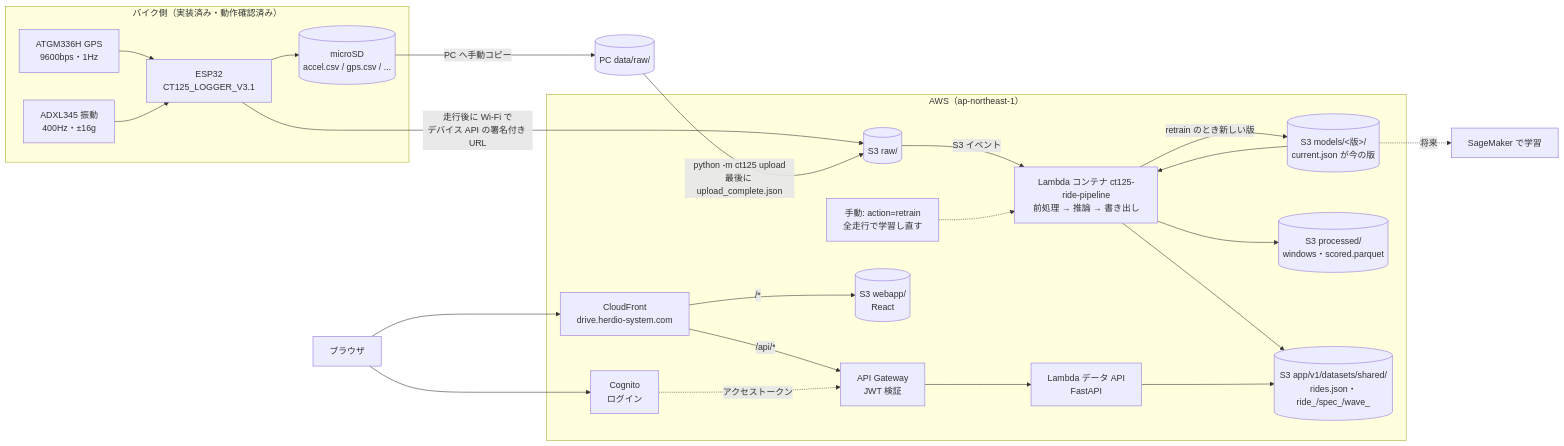
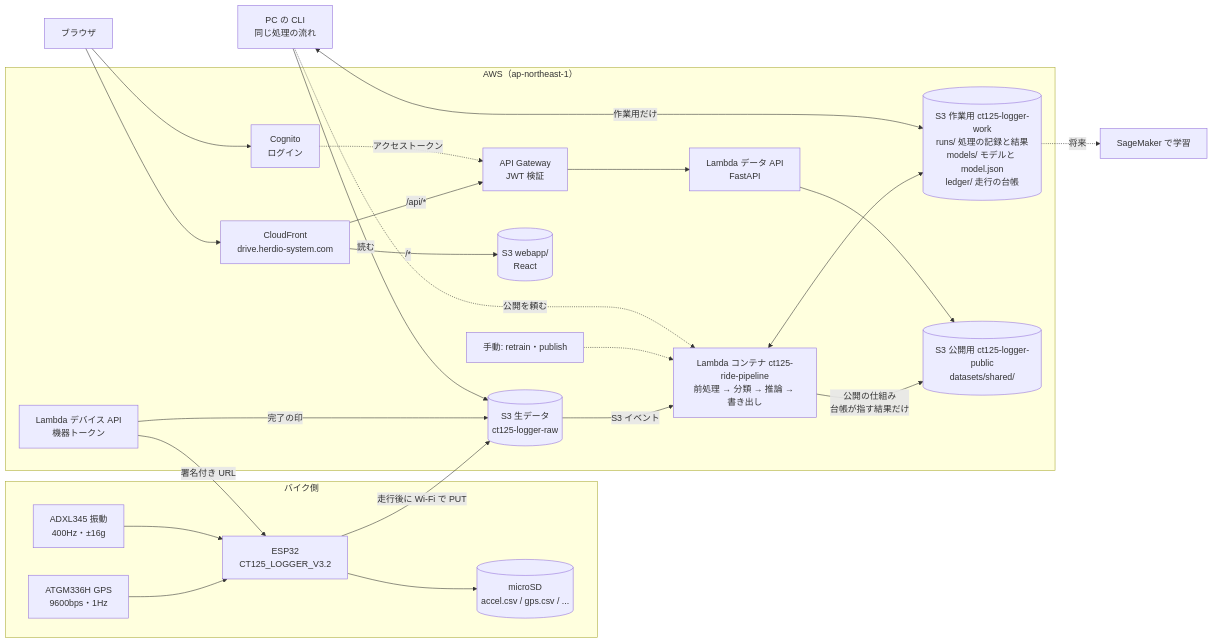
One commit to abeouga/drive-logger changed the diagram in docs/architecture.md. Above: the diagram before and after it, drawn with Mermaid. The commit also changed other lines of this file and 23 other files, not shown here.

First line of the commit message:
infra：走行データのバケットを役割ごとに分ける（生データ・作業用・公開用）

````diff
--- a/docs/architecture.md
+++ b/docs/architecture.md
@@ -10,29 +9,29 @@
 ```mermaid
 flowchart LR
-    subgraph bike[バイク側（実装済み・動作確認済み）]
-        GPS[ATGM336H GPS<br/>9600bps・1Hz] --> ESP[ESP32<br/>CT125_LOGGER_V3.1]
+    subgraph bike[バイク側]
+        GPS[ATGM336H GPS<br/>9600bps・1Hz] --> ESP[ESP32<br/>CT125_LOGGER_V3.2]
         ACC[ADXL345 振動<br/>400Hz・±16g] --> ESP
         ESP --> SD[(microSD<br/>accel.csv / gps.csv / ...)]
     end
 
-    ESP -->|走行後に Wi-Fi で<br/>デバイス API の署名付き URL| RAW[(S3 raw/)]
-    SD -->|PC へ手動コピー| RAWL[(PC data/raw/)]
-    RAWL -->|python -m ct125 upload<br/>最後に upload_complete.json| RAW
-
     subgraph cloud[AWS（ap-northeast-1）]
-        RAW -->|S3 イベント| PIPE[Lambda コンテナ ct125-ride-pipeline<br/>前処理 → 推論 → 書き出し]
-        MODELS[(S3 models/<版>/<br/>current.json が今の版)] --> PIPE
-        PIPE --> PROC[(S3 processed/<br/>windows・scored.parquet)]
-        PIPE --> APPDATA[(S3 app/v1/datasets/shared/<br/>rides.json・ride_/spec_/wave_)]
-        RETRAIN[手動: action=retrain<br/>全走行で学習し直す] -.-> PIPE
-        PIPE -->|retrain のとき新しい版| MODELS
+        DEVAPI[Lambda デバイス API<br/>機器トークン] -->|署名付き URL| ESP
+        ESP -->|走行後に Wi-Fi で PUT| RAW[(S3 生データ<br/>ct125-logger-raw)]
+        DEVAPI -->|完了の印| RAW
+        RAW -->|S3 イベント| PIPE[Lambda コンテナ ct125-ride-pipeline<br/>前処理 → 分類 → 推論 → 書き出し]
+        PIPE <--> WORK[(S3 作業用 ct125-logger-work<br/>runs/ 処理の記録と結果<br/>models/ モデルと model.json<br/>ledger/ 走行の台帳)]
+        PIPE -->|公開の仕組み<br/>台帳が指す結果だけ| PUBLIC[(S3 公開用 ct125-logger-public<br/>datasets/shared/)]
+        RETRAIN[手動: retrain・publish] -.-> PIPE
 
         CF[CloudFront<br/>drive.herdio-system.com] -->|/*| WEBAPP[(S3 webapp/<br/>React)]
-        CF -->|/api/*| APIGW[API Gateway<br/>JWT 検証] --> DATAAPI[Lambda データ API<br/>FastAPI] --> APPDATA
+        CF -->|/api/*| APIGW[API Gateway<br/>JWT 検証] --> DATAAPI[Lambda データ API<br/>FastAPI] --> PUBLIC
         COGNITO[Cognito<br/>ログイン] -.->|アクセストークン| APIGW
     end
 
+    LOCAL[PC の CLI<br/>同じ処理の流れ] -->|読む| RAW
+    LOCAL <-->|作業用だけ| WORK
+    LOCAL -.->|公開を頼む| PIPE
     USER[ブラウザ] --> CF
     USER --> COGNITO
-    MODELS -.->|将来| SM[SageMaker で学習]
+    WORK -.->|将来| SM[SageMaker で学習]
 ```
````
